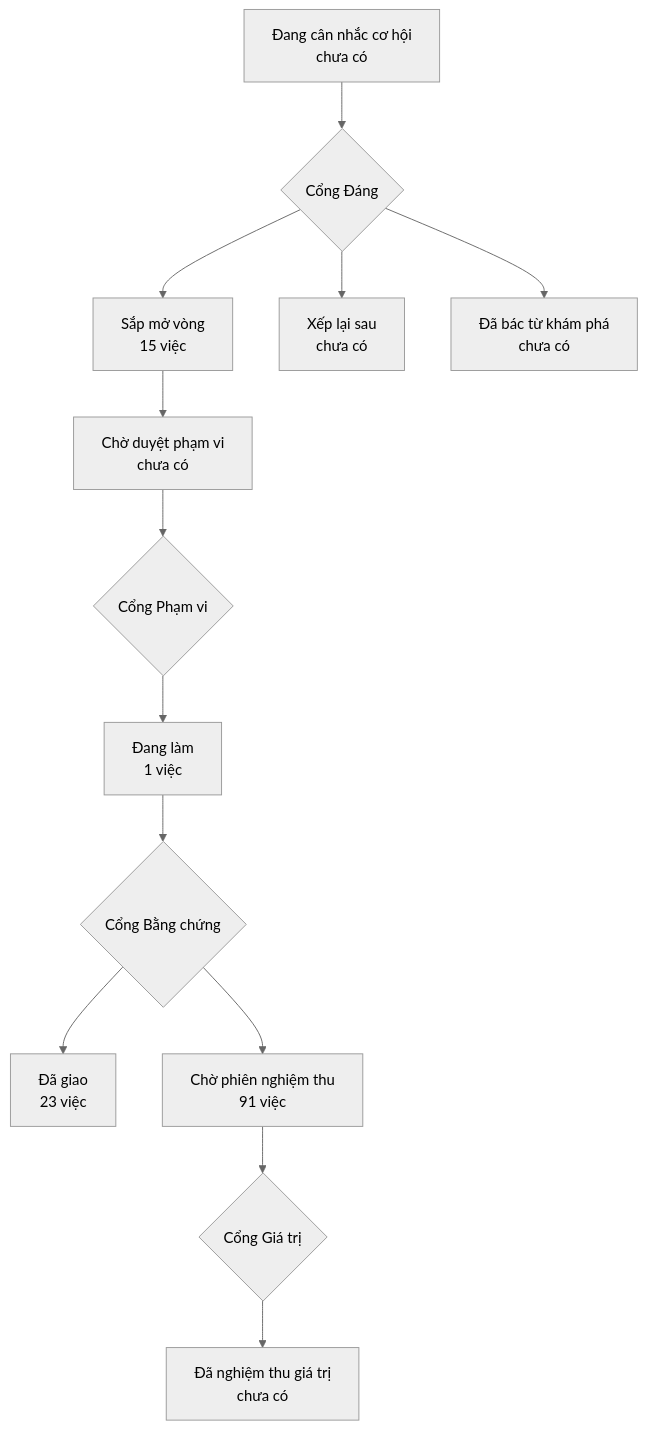
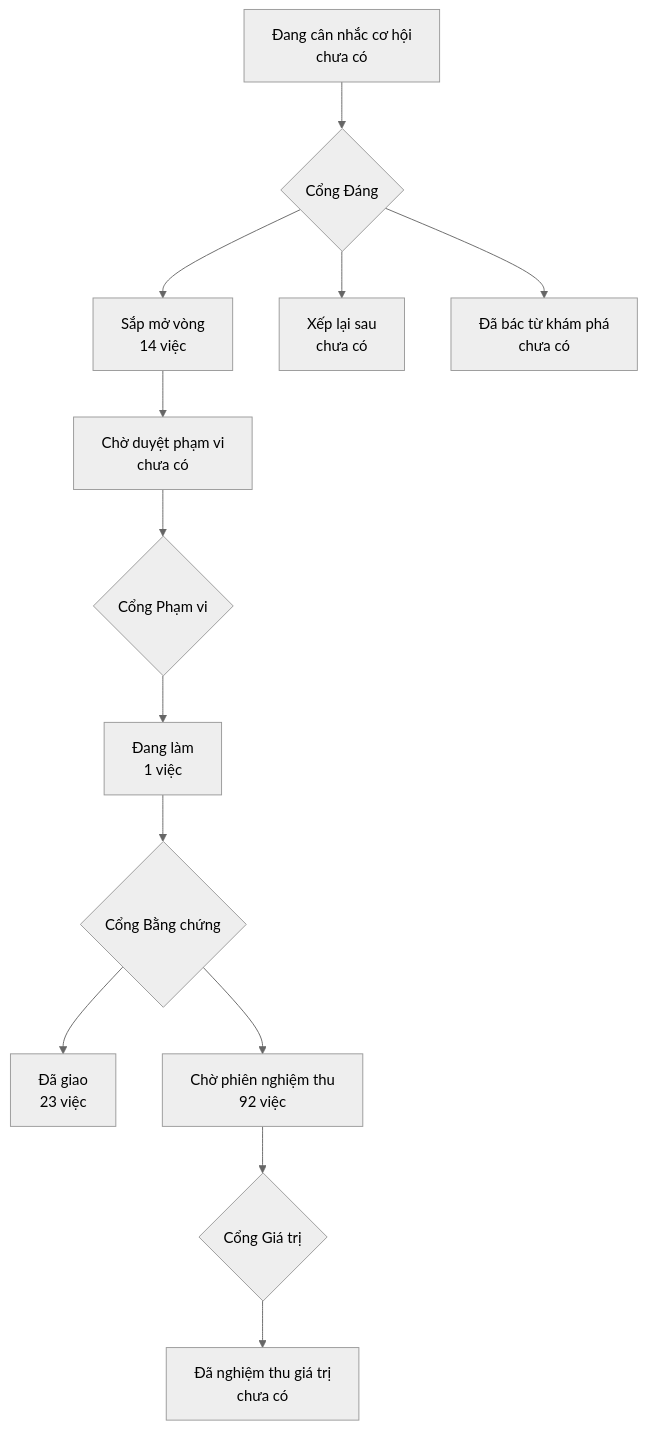
Before and after one commit to phanlemanh/onehub-quy-hang: the diagram in PRODUCT-MAP.md, drawn with Mermaid (neutral theme). The commit also changed other lines of this file and 1 other file, not shown here.

Commit message:
chore: vẽ lại bản đồ sản phẩm và trang lộ trình sau khi gộp main

````diff
--- a/PRODUCT-MAP.md
+++ b/PRODUCT-MAP.md
@@ -7,12 +7,12 @@
 ```mermaid
 flowchart TD
   A["Đang cân nhắc cơ hội<br/>chưa có"] --> GD{"Cổng Đáng"}
-  GD --> B["Sắp mở vòng<br/>15 việc"]
+  GD --> B["Sắp mở vòng<br/>14 việc"]
   GD --> XL["Xếp lại sau<br/>chưa có"]
   GD --> DB["Đã bác từ khám phá<br/>chưa có"]
   B --> CD["Chờ duyệt phạm vi<br/>chưa có"] --> GP{"Cổng Phạm vi"}
   GP --> DL["Đang làm<br/>1 việc"] --> GB{"Cổng Bằng chứng"}
   GB --> DG["Đã giao<br/>23 việc"]
-  GB --> CN["Chờ phiên nghiệm thu<br/>91 việc"] --> GG{"Cổng Giá trị"}
+  GB --> CN["Chờ phiên nghiệm thu<br/>92 việc"] --> GG{"Cổng Giá trị"}
   GG --> NT["Đã nghiệm thu giá trị<br/>chưa có"]
 ```
````
